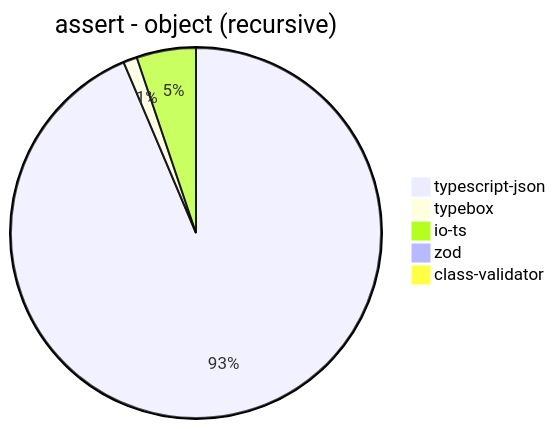
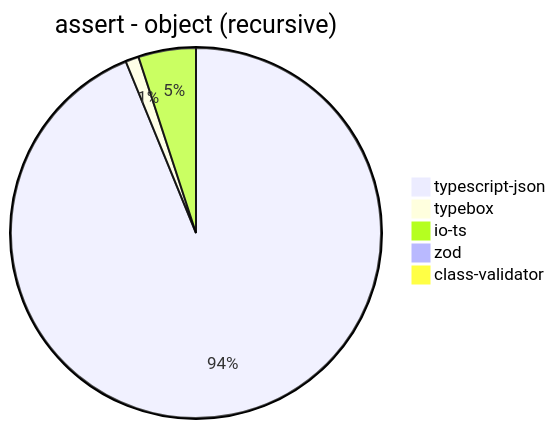
One commit to samchon/typia changed the tenth of 38 diagrams in benchmark/results/AMD Ryzen 7 5800H with Radeon Graphics.md. Above: the diagram before and after it, drawn with Mermaid. The commit also changed other lines of this file and 189 other files, not shown here.

````diff
--- a/benchmark/results/AMD Ryzen 7 5800H with Radeon Graphics.md
+++ b/benchmark/results/AMD Ryzen 7 5800H with Radeon Graphics.md
@@ -136,8 +136,8 @@
 ```mermaid
 pie title assert - object (recursive)
-  "typescript-json": 29390.99526066351
-  "typebox": 377.8767631774313
-  "io-ts": 1626.3815908679107
-  "zod": 66.09300622482607
-  "class-validator": 35.620547431571055
+  "typescript-json": 31921.877865395192
+  "typebox": 394.2110177404295
+  "io-ts": 1709.717534197904
+  "zod": 71.42857142857143
+  "class-validator": 36.177599122967294
 ```
````
